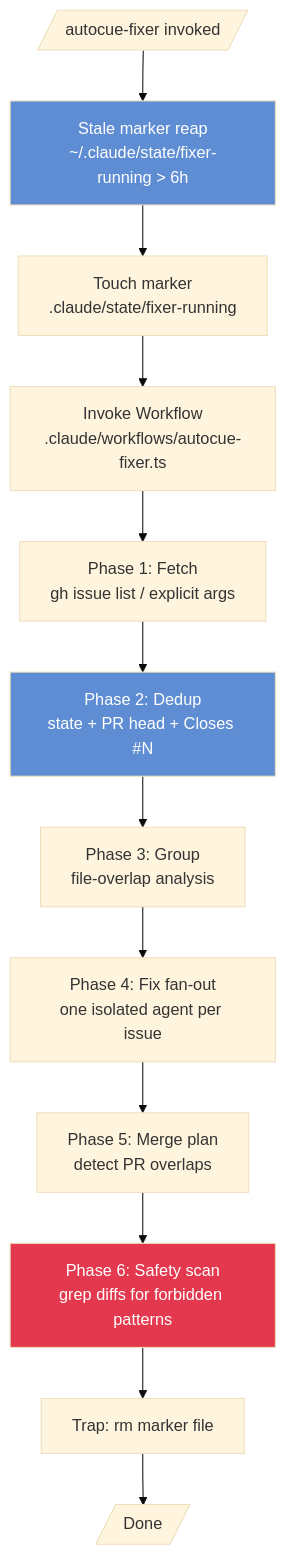
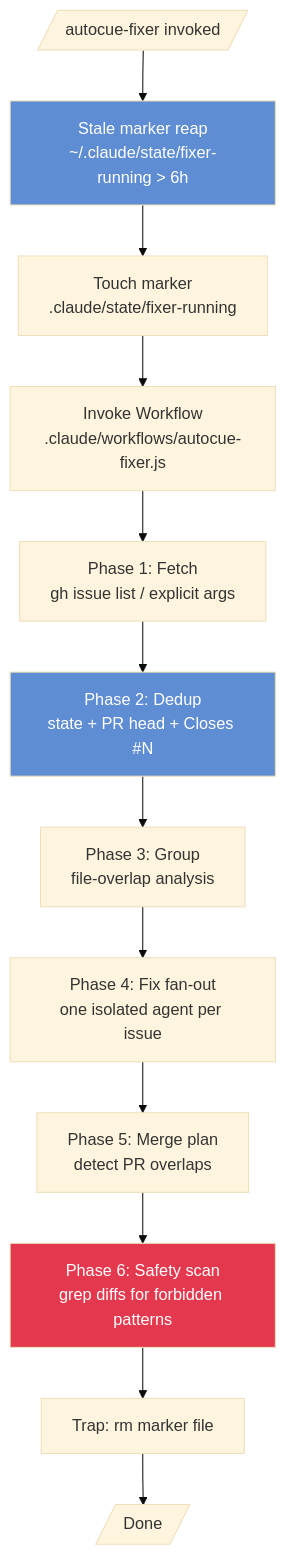
The first of 7 diagrams in docs/qa_fixer.md (HenriGeorge/AutoCue), drawn with Mermaid (base theme) before and after one commit. The commit also changed other lines of this file and 6 other files, not shown here.

````diff
--- a/docs/qa_fixer.md
+++ b/docs/qa_fixer.md
@@ -21,20 +21,20 @@
 ```mermaid
 flowchart TD
     A[/autocue-fixer invoked/] --> B[Stale marker reap<br/>~/.claude/state/fixer-running > 6h]
     B --> C[Touch marker<br/>.claude/state/fixer-running]
-    C --> D[Invoke Workflow<br/>.claude/workflows/autocue-fixer.ts]
+    C --> D[Invoke Workflow<br/>.claude/workflows/autocue-fixer.js]
 
     D --> E1[Phase 1: Fetch<br/>gh issue list / explicit args]
     E1 --> E2[Phase 2: Dedup<br/>state + PR head + Closes #N]
     E2 --> E3[Phase 3: Group<br/>file-overlap analysis]
     E3 --> E4[Phase 4: Fix fan-out<br/>one isolated agent per issue]
     E4 --> E5[Phase 5: Merge plan<br/>detect PR overlaps]
     E5 --> E6[Phase 6: Safety scan<br/>grep diffs for forbidden patterns]
 
     E6 --> F[Trap: rm marker file]
     F --> G[/Done/]
 
     style B fill:#5f8dd3,color:#fff
     style E2 fill:#5f8dd3,color:#fff
     style E6 fill:#e4384e,color:#fff
 ```
````
